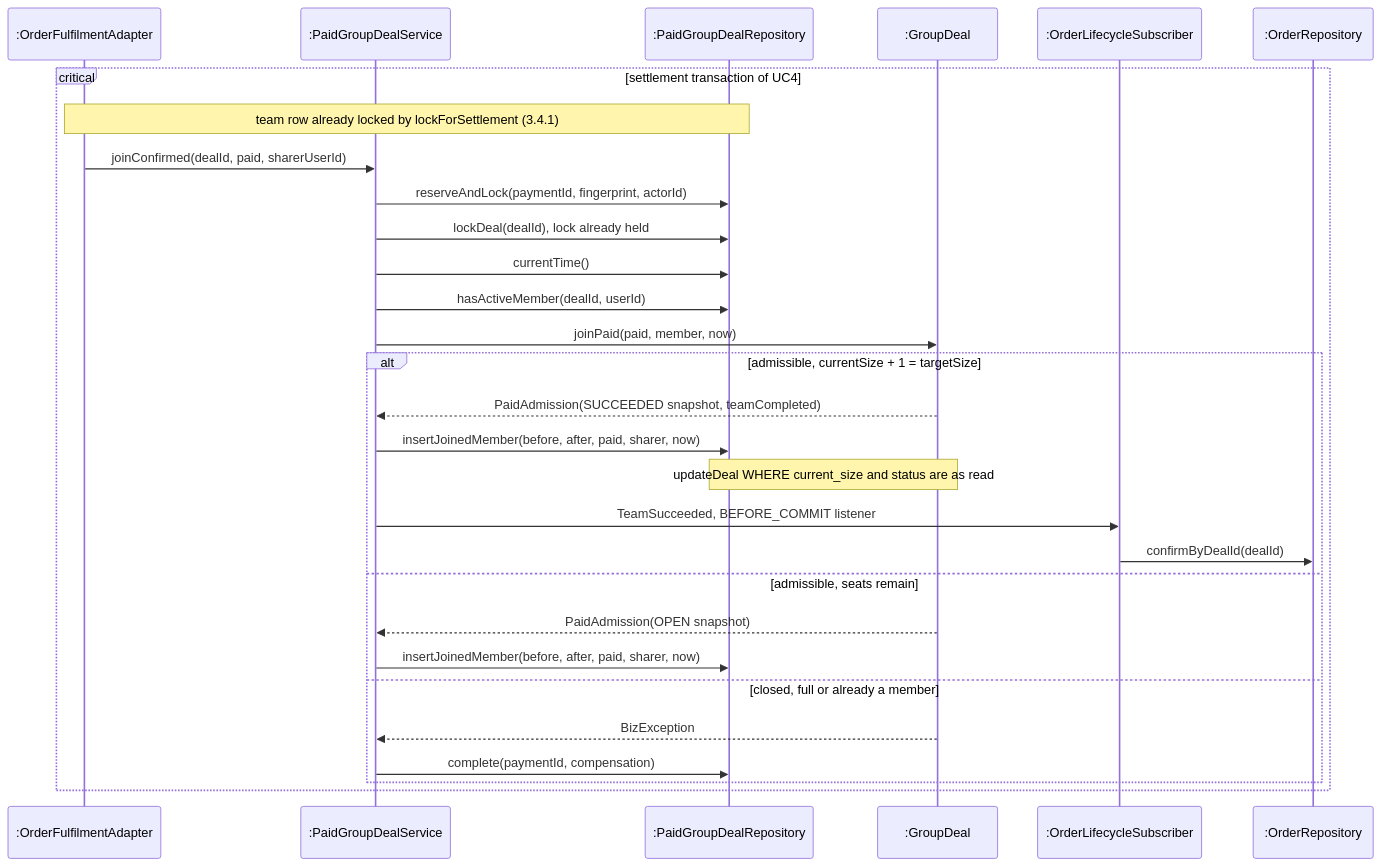
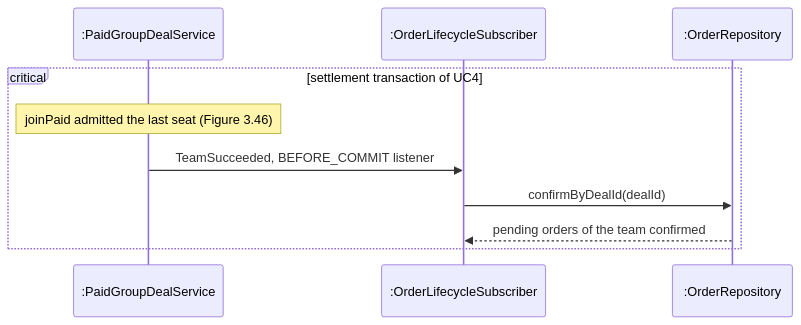
One commit to PPsyrius/iss-groupbuy-team8 changed diagram 16 of 17 in docs/swe5006/report/sections/03-4-5-liu-jin.md. Above: the diagram before and after it, drawn with Mermaid. The commit also changed other lines of this file and 60 other files, not shown here.

First line of the commit message:
docs(report): template format, VP-style UML and fact fixes (#463, #695) (#704)

````diff
--- a/docs/swe5006/report/sections/03-4-5-liu-jin.md
+++ b/docs/swe5006/report/sections/03-4-5-liu-jin.md
@@ -826,31 +797,12 @@
 ```mermaid
 sequenceDiagram
-    participant F as :OrderFulfilmentAdapter
     participant S as :PaidGroupDealService
-    participant R as :PaidGroupDealRepository
-    participant G as :GroupDeal
     participant O as :OrderLifecycleSubscriber
     participant Y as :OrderRepository
     critical settlement transaction of UC4
-        Note over F,R: team row already locked by lockForSettlement (3.4.1)
-        F->>S: joinConfirmed(dealId, paid, sharerUserId)
-        S->>R: reserveAndLock(paymentId, fingerprint, actorId)
-        S->>R: lockDeal(dealId), lock already held
-        S->>R: currentTime()
-        S->>R: hasActiveMember(dealId, userId)
-        S->>G: joinPaid(paid, member, now)
-        alt admissible, currentSize + 1 = targetSize
-            G-->>S: PaidAdmission(SUCCEEDED snapshot, teamCompleted)
-            S->>R: insertJoinedMember(before, after, paid, sharer, now)
-            Note over R,G: updateDeal WHERE current_size and status are as read
-            S->>O: TeamSucceeded, BEFORE_COMMIT listener
-            O->>Y: confirmByDealId(dealId)
-        else admissible, seats remain
-            G-->>S: PaidAdmission(OPEN snapshot)
-            S->>R: insertJoinedMember(before, after, paid, sharer, now)
-        else closed, full or already a member
-            G-->>S: BizException
-            S->>R: complete(paymentId, compensation)
-        end
+        Note over S: joinPaid admitted the last seat (Figure 3.46)
+        S->>O: TeamSucceeded, BEFORE_COMMIT listener
+        O->>Y: confirmByDealId(dealId)
+        Y-->>O: pending orders of the team confirmed
     end
 ```
````
